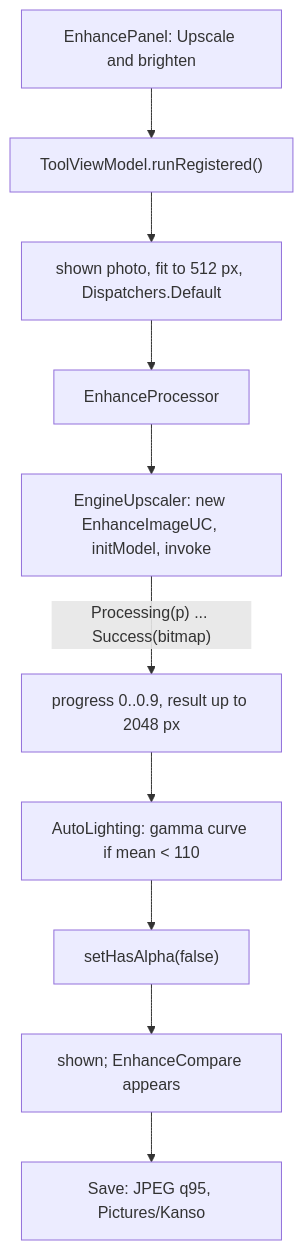
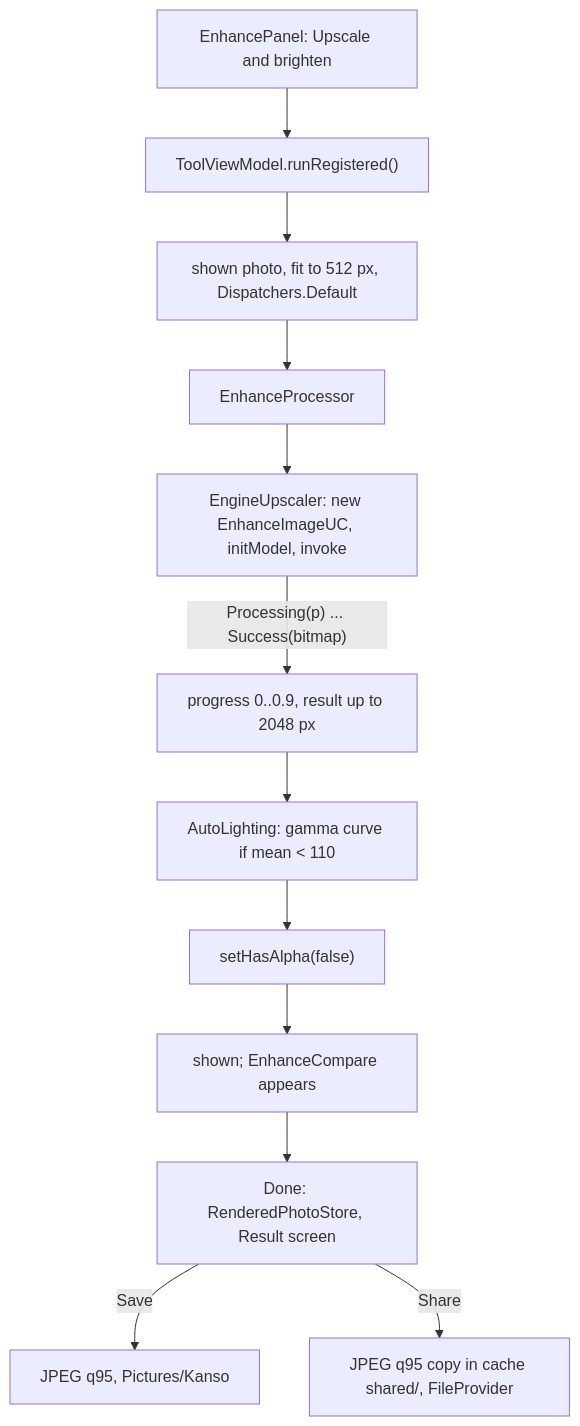
Before and after one commit to Phong-Kaster/Kanso: the diagram in docs/features/enhance.md, drawn with Mermaid. The commit also changed other lines of this file and 39 other files, not shown here.

````diff
--- a/docs/features/enhance.md
+++ b/docs/features/enhance.md
@@ -50,11 +52,13 @@
 ```mermaid
 flowchart TD
     A["EnhancePanel: Upscale and brighten"] --> B["ToolViewModel.runRegistered()"]
     B --> C["shown photo, fit to 512 px, Dispatchers.Default"]
     C --> D["EnhanceProcessor"]
     D --> E["EngineUpscaler: new EnhanceImageUC, initModel, invoke"]
     E -->|"Processing(p) ... Success(bitmap)"| F["progress 0..0.9, result up to 2048 px"]
     F --> G["AutoLighting: gamma curve if mean < 110"]
     G --> H["setHasAlpha(false)"] --> I["shown; EnhanceCompare appears"]
-    I --> J["Save: JPEG q95, Pictures/Kanso"]
+    I --> K["Done: RenderedPhotoStore, Result screen"]
+    K -->|Save| J["JPEG q95, Pictures/Kanso"]
+    K -->|Share| L["JPEG q95 copy in cache shared/, FileProvider"]
 ```
````
